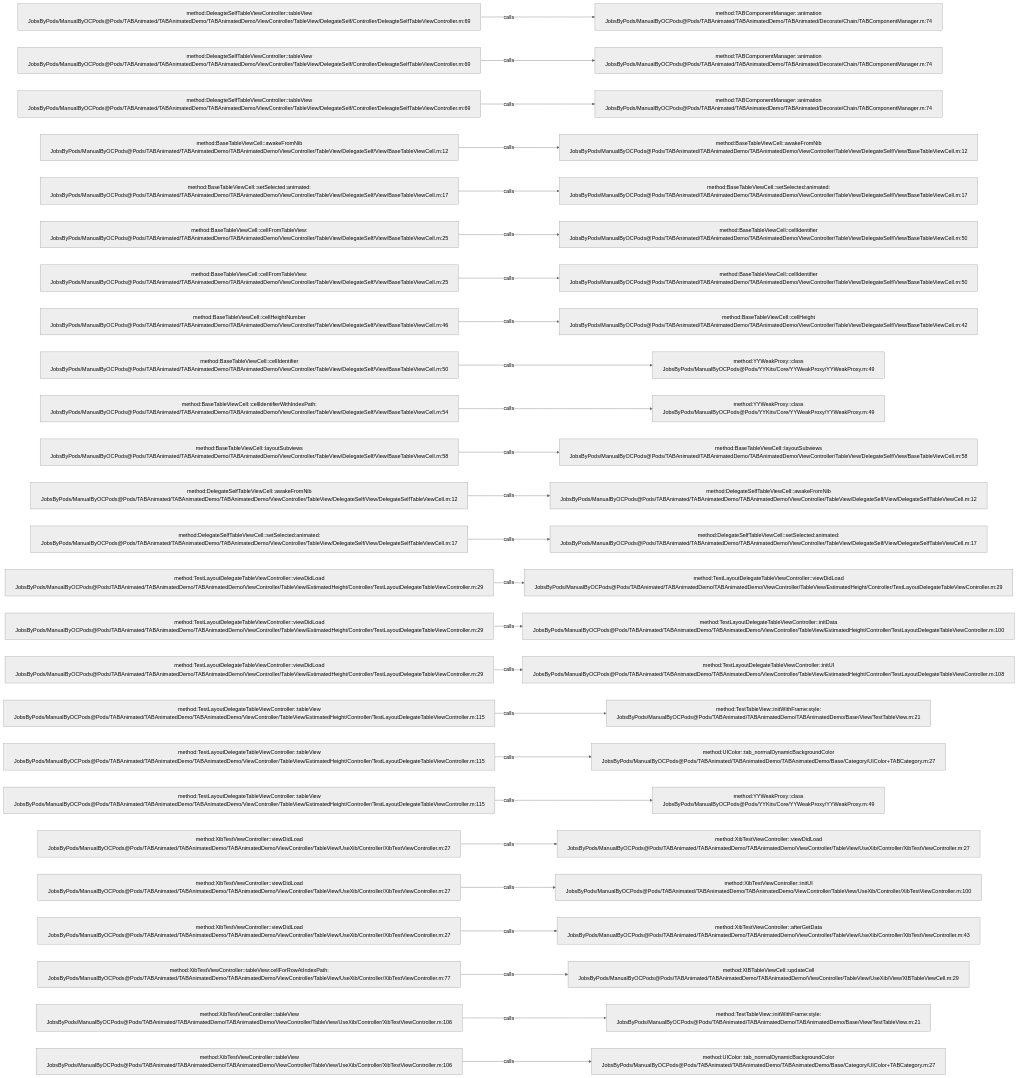
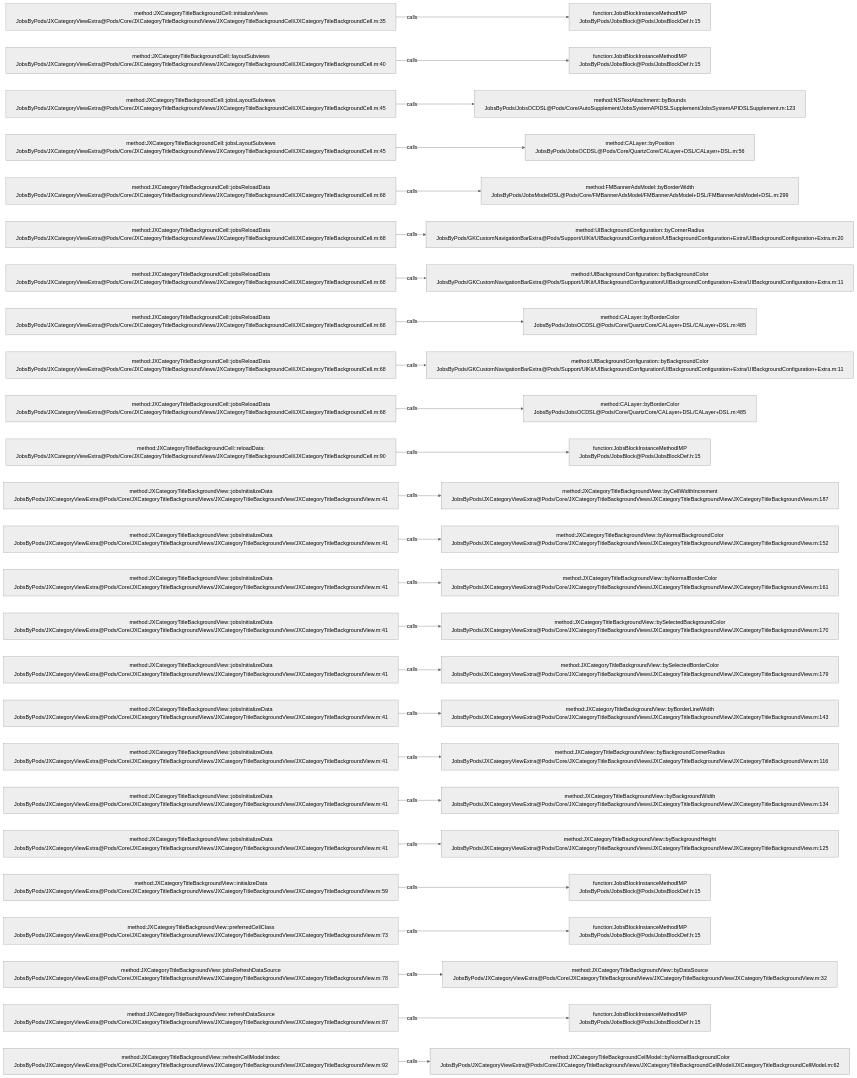
Before and after one commit to JobsKits/JobsOCBaseConfigDemo: the diagram in .codegraph/codegraph.md/graphs/calls-050.md, drawn with Mermaid (neutral theme). The commit also changed 768 other files, not shown here.

````diff
--- a/.codegraph/codegraph.md/graphs/calls-050.md
+++ b/.codegraph/codegraph.md/graphs/calls-050.md
@@ -13,78 +13,78 @@
 ```mermaid
 flowchart LR
-  S1["method:DeleagteSelfTableViewController::tableView<br/>JobsByPods/ManualByOCPods@Pods/TABAnimated/TABAnimatedDemo/TABAnimatedDemo/ViewController/TableView/DelegateSelf/Controller/DeleagteSelfTableViewController.m:69"]
-  T1["method:TABComponentManager::animation<br/>JobsByPods/ManualByOCPods@Pods/TABAnimated/TABAnimatedDemo/TABAnimated/Decorate/Chain/TABComponentManager.m:74"]
+  S1["method:JXCategoryTitleBackgroundCell::initializeViews<br/>JobsByPods/JXCategoryViewExtra@Pods/Core/JXCategoryTitleBackgroundViews/JXCategoryTitleBackgroundCell/JXCategoryTitleBackgroundCell.m:35"]
+  T1["function:JobsBlockInstanceMethodIMP<br/>JobsByPods/JobsBlock@Pods/JobsBlockDef.h:15"]
   S1 -->|calls| T1
-  S2["method:DeleagteSelfTableViewController::tableView<br/>JobsByPods/ManualByOCPods@Pods/TABAnimated/TABAnimatedDemo/TABAnimatedDemo/ViewController/TableView/DelegateSelf/Controller/DeleagteSelfTableViewController.m:69"]
-  T2["method:TABComponentManager::animation<br/>JobsByPods/ManualByOCPods@Pods/TABAnimated/TABAnimatedDemo/TABAnimated/Decorate/Chain/TABComponentManager.m:74"]
+  S2["method:JXCategoryTitleBackgroundCell::layoutSubviews<br/>JobsByPods/JXCategoryViewExtra@Pods/Core/JXCategoryTitleBackgroundViews/JXCategoryTitleBackgroundCell/JXCategoryTitleBackgroundCell.m:40"]
+  T2["function:JobsBlockInstanceMethodIMP<br/>JobsByPods/JobsBlock@Pods/JobsBlockDef.h:15"]
   S2 -->|calls| T2
-  S3["method:DeleagteSelfTableViewController::tableView<br/>JobsByPods/ManualByOCPods@Pods/TABAnimated/TABAnimatedDemo/TABAnimatedDemo/ViewController/TableView/DelegateSelf/Controller/DeleagteSelfTableViewController.m:69"]
-  T3["method:TABComponentManager::animation<br/>JobsByPods/ManualByOCPods@Pods/TABAnimated/TABAnimatedDemo/TABAnimated/Decorate/Chain/TABComponentManager.m:74"]
+  S3["method:JXCategoryTitleBackgroundCell::jobsLayoutSubviews<br/>JobsByPods/JXCategoryViewExtra@Pods/Core/JXCategoryTitleBackgroundViews/JXCategoryTitleBackgroundCell/JXCategoryTitleBackgroundCell.m:45"]
+  T3["method:NSTextAttachment::byBounds<br/>JobsByPods/JobsOCDSL@Pods/Core/AutoSupplement/JobsSystemAPIDSLSupplement/JobsSystemAPIDSLSupplement.m:123"]
   S3 -->|calls| T3
-  S4["method:BaseTableViewCell::awakeFromNib<br/>JobsByPods/ManualByOCPods@Pods/TABAnimated/TABAnimatedDemo/TABAnimatedDemo/ViewController/TableView/DelegateSelf/View/BaseTableViewCell.m:12"]
-  T4["method:BaseTableViewCell::awakeFromNib<br/>JobsByPods/ManualByOCPods@Pods/TABAnimated/TABAnimatedDemo/TABAnimatedDemo/ViewController/TableView/DelegateSelf/View/BaseTableViewCell.m:12"]
+  S4["method:JXCategoryTitleBackgroundCell::jobsLayoutSubviews<br/>JobsByPods/JXCategoryViewExtra@Pods/Core/JXCategoryTitleBackgroundViews/JXCategoryTitleBackgroundCell/JXCategoryTitleBackgroundCell.m:45"]
+  T4["method:CALayer::byPosition<br/>JobsByPods/JobsOCDSL@Pods/Core/QuartzCore/CALayer+DSL/CALayer+DSL.m:56"]
   S4 -->|calls| T4
-  S5["method:BaseTableViewCell::setSelected:animated:<br/>JobsByPods/ManualByOCPods@Pods/TABAnimated/TABAnimatedDemo/TABAnimatedDemo/ViewController/TableView/DelegateSelf/View/BaseTableViewCell.m:17"]
-  T5["method:BaseTableViewCell::setSelected:animated:<br/>JobsByPods/ManualByOCPods@Pods/TABAnimated/TABAnimatedDemo/TABAnimatedDemo/ViewController/TableView/DelegateSelf/View/BaseTableViewCell.m:17"]
+  S5["method:JXCategoryTitleBackgroundCell::jobsReloadData<br/>JobsByPods/JXCategoryViewExtra@Pods/Core/JXCategoryTitleBackgroundViews/JXCategoryTitleBackgroundCell/JXCategoryTitleBackgroundCell.m:68"]
+  T5["method:FMBannerAdsModel::byBorderWidth<br/>JobsByPods/JobsModelDSL@Pods/Core/FMBannerAdsModel/FMBannerAdsModel+DSL/FMBannerAdsModel+DSL.m:299"]
   S5 -->|calls| T5
-  S6["method:BaseTableViewCell::cellFromTableView:<br/>JobsByPods/ManualByOCPods@Pods/TABAnimated/TABAnimatedDemo/TABAnimatedDemo/ViewController/TableView/DelegateSelf/View/BaseTableViewCell.m:25"]
-  T6["method:BaseTableViewCell::cellIdentifier<br/>JobsByPods/ManualByOCPods@Pods/TABAnimated/TABAnimatedDemo/TABAnimatedDemo/ViewController/TableView/DelegateSelf/View/BaseTableViewCell.m:50"]
+  S6["method:JXCategoryTitleBackgroundCell::jobsReloadData<br/>JobsByPods/JXCategoryViewExtra@Pods/Core/JXCategoryTitleBackgroundViews/JXCategoryTitleBackgroundCell/JXCategoryTitleBackgroundCell.m:68"]
+  T6["method:UIBackgroundConfiguration::byCornerRadius<br/>JobsByPods/GKCustomNavigationBarExtra@Pods/Support/UIKit/UIBackgroundConfiguration/UIBackgroundConfiguration+Extra/UIBackgroundConfiguration+Extra.m:20"]
   S6 -->|calls| T6
-  S7["method:BaseTableViewCell::cellFromTableView:<br/>JobsByPods/ManualByOCPods@Pods/TABAnimated/TABAnimatedDemo/TABAnimatedDemo/ViewController/TableView/DelegateSelf/View/BaseTableViewCell.m:25"]
-  T7["method:BaseTableViewCell::cellIdentifier<br/>JobsByPods/ManualByOCPods@Pods/TABAnimated/TABAnimatedDemo/TABAnimatedDemo/ViewController/TableView/DelegateSelf/View/BaseTableViewCell.m:50"]
+  S7["method:JXCategoryTitleBackgroundCell::jobsReloadData<br/>JobsByPods/JXCategoryViewExtra@Pods/Core/JXCategoryTitleBackgroundViews/JXCategoryTitleBackgroundCell/JXCategoryTitleBackgroundCell.m:68"]
+  T7["method:UIBackgroundConfiguration::byBackgroundColor<br/>JobsByPods/GKCustomNavigationBarExtra@Pods/Support/UIKit/UIBackgroundConfiguration/UIBackgroundConfiguration+Extra/UIBackgroundConfiguration+Extra.m:11"]
   S7 -->|calls| T7
-  S8["method:BaseTableViewCell::cellHeightNumber<br/>JobsByPods/ManualByOCPods@Pods/TABAnimated/TABAnimatedDemo/TABAnimatedDemo/ViewController/TableView/DelegateSelf/View/BaseTableViewCell.m:46"]
-  T8["method:BaseTableViewCell::cellHeight<br/>JobsByPods/ManualByOCPods@Pods/TABAnimated/TABAnimatedDemo/TABAnimatedDemo/ViewController/TableView/DelegateSelf/View/BaseTableViewCell.m:42"]
+  S8["method:JXCategoryTitleBackgroundCell::jobsReloadData<br/>JobsByPods/JXCategoryViewExtra@Pods/Core/JXCategoryTitleBackgroundViews/JXCategoryTitleBackgroundCell/JXCategoryTitleBackgroundCell.m:68"]
+  T8["method:CALayer::byBorderColor<br/>JobsByPods/JobsOCDSL@Pods/Core/QuartzCore/CALayer+DSL/CALayer+DSL.m:485"]
   S8 -->|calls| T8
-  S9["method:BaseTableViewCell::cellIdentifier<br/>JobsByPods/ManualByOCPods@Pods/TABAnimated/TABAnimatedDemo/TABAnimatedDemo/ViewController/TableView/DelegateSelf/View/BaseTableViewCell.m:50"]
-  T9["method:YYWeakProxy::class<br/>JobsByPods/ManualByOCPods@Pods/YYKits/Core/YYWeakProxy/YYWeakProxy.m:49"]
+  S9["method:JXCategoryTitleBackgroundCell::jobsReloadData<br/>JobsByPods/JXCategoryViewExtra@Pods/Core/JXCategoryTitleBackgroundViews/JXCategoryTitleBackgroundCell/JXCategoryTitleBackgroundCell.m:68"]
+  T9["method:UIBackgroundConfiguration::byBackgroundColor<br/>JobsByPods/GKCustomNavigationBarExtra@Pods/Support/UIKit/UIBackgroundConfiguration/UIBackgroundConfiguration+Extra/UIBackgroundConfiguration+Extra.m:11"]
   S9 -->|calls| T9
-  S10["method:BaseTableViewCell::cellIdentifierWithIndexPath:<br/>JobsByPods/ManualByOCPods@Pods/TABAnimated/TABAnimatedDemo/TABAnimatedDemo/ViewController/TableView/DelegateSelf/View/BaseTableViewCell.m:54"]
-  T10["method:YYWeakProxy::class<br/>JobsByPods/ManualByOCPods@Pods/YYKits/Core/YYWeakProxy/YYWeakProxy.m:49"]
+  S10["method:JXCategoryTitleBackgroundCell::jobsReloadData<br/>JobsByPods/JXCategoryViewExtra@Pods/Core/JXCategoryTitleBackgroundViews/JXCategoryTitleBackgroundCell/JXCategoryTitleBackgroundCell.m:68"]
+  T10["method:CALayer::byBorderColor<br/>JobsByPods/JobsOCDSL@Pods/Core/QuartzCore/CALayer+DSL/CALayer+DSL.m:485"]
   S10 -->|calls| T10
-  S11["method:BaseTableViewCell::layoutSubviews<br/>JobsByPods/ManualByOCPods@Pods/TABAnimated/TABAnimatedDemo/TABAnimatedDemo/ViewController/TableView/DelegateSelf/View/BaseTableViewCell.m:58"]
-  T11["method:BaseTableViewCell::layoutSubviews<br/>JobsByPods/ManualByOCPods@Pods/TABAnimated/TABAnimatedDemo/TABAnimatedDemo/ViewController/TableView/DelegateSelf/View/BaseTableViewCell.m:58"]
+  S11["method:JXCategoryTitleBackgroundCell::reloadData:<br/>JobsByPods/JXCategoryViewExtra@Pods/Core/JXCategoryTitleBackgroundViews/JXCategoryTitleBackgroundCell/JXCategoryTitleBackgroundCell.m:90"]
+  T11["function:JobsBlockInstanceMethodIMP<br/>JobsByPods/JobsBlock@Pods/JobsBlockDef.h:15"]
   S11 -->|calls| T11
-  S12["method:DelegateSelfTableViewCell::awakeFromNib<br/>JobsByPods/ManualByOCPods@Pods/TABAnimated/TABAnimatedDemo/TABAnimatedDemo/ViewController/TableView/DelegateSelf/View/DelegateSelfTableViewCell.m:12"]
-  T12["method:DelegateSelfTableViewCell::awakeFromNib<br/>JobsByPods/ManualByOCPods@Pods/TABAnimated/TABAnimatedDemo/TABAnimatedDemo/ViewController/TableView/DelegateSelf/View/DelegateSelfTableViewCell.m:12"]
+  S12["method:JXCategoryTitleBackgroundView::jobsInitializeData<br/>JobsByPods/JXCategoryViewExtra@Pods/Core/JXCategoryTitleBackgroundViews/JXCategoryTitleBackgroundView/JXCategoryTitleBackgroundView.m:41"]
+  T12["method:JXCategoryTitleBackgroundView::byCellWidthIncrement<br/>JobsByPods/JXCategoryViewExtra@Pods/Core/JXCategoryTitleBackgroundViews/JXCategoryTitleBackgroundView/JXCategoryTitleBackgroundView.m:187"]
   S12 -->|calls| T12
-  S13["method:DelegateSelfTableViewCell::setSelected:animated:<br/>JobsByPods/ManualByOCPods@Pods/TABAnimated/TABAnimatedDemo/TABAnimatedDemo/ViewController/TableView/DelegateSelf/View/DelegateSelfTableViewCell.m:17"]
-  T13["method:DelegateSelfTableViewCell::setSelected:animated:<br/>JobsByPods/ManualByOCPods@Pods/TABAnimated/TABAnimatedDemo/TABAnimatedDemo/ViewController/TableView/DelegateSelf/View/DelegateSelfTableViewCell.m:17"]
+  S13["method:JXCategoryTitleBackgroundView::jobsInitializeData<br/>JobsByPods/JXCategoryViewExtra@Pods/Core/JXCategoryTitleBackgroundViews/JXCategoryTitleBackgroundView/JXCategoryTitleBackgroundView.m:41"]
+  T13["method:JXCategoryTitleBackgroundView::byNormalBackgroundColor<br/>JobsByPods/JXCategoryViewExtra@Pods/Core/JXCategoryTitleBackgroundViews/JXCategoryTitleBackgroundView/JXCategoryTitleBackgroundView.m:152"]
   S13 -->|calls| T13
-  S14["method:TestLayoutDelegateTableViewController::viewDidLoad<br/>JobsByPods/ManualByOCPods@Pods/TABAnimated/TABAnimatedDemo/TABAnimatedDemo/ViewController/TableView/EstimatedHeight/Controller/TestLayoutDelegateTableViewController.m:29"]
-  T14["method:TestLayoutDelegateTableViewController::viewDidLoad<br/>JobsByPods/ManualByOCPods@Pods/TABAnimated/TABAnimatedDemo/TABAnimatedDemo/ViewController/TableView/EstimatedHeight/Controller/TestLayoutDelegateTableViewController.m:29"]
+  S14["method:JXCategoryTitleBackgroundView::jobsInitializeData<br/>JobsByPods/JXCategoryViewExtra@Pods/Core/JXCategoryTitleBackgroundViews/JXCategoryTitleBackgroundView/JXCategoryTitleBackgroundView.m:41"]
+  T14["method:JXCategoryTitleBackgroundView::byNormalBorderColor<br/>JobsByPods/JXCategoryViewExtra@Pods/Core/JXCategoryTitleBackgroundViews/JXCategoryTitleBackgroundView/JXCategoryTitleBackgroundView.m:161"]
   S14 -->|calls| T14
-  S15["method:TestLayoutDelegateTableViewController::viewDidLoad<br/>JobsByPods/ManualByOCPods@Pods/TABAnimated/TABAnimatedDemo/TABAnimatedDemo/ViewController/TableView/EstimatedHeight/Controller/TestLayoutDelegateTableViewController.m:29"]
-  T15["method:TestLayoutDelegateTableViewController::initData<br/>JobsByPods/ManualByOCPods@Pods/TABAnimated/TABAnimatedDemo/TABAnimatedDemo/ViewController/TableView/EstimatedHeight/Controller/TestLayoutDelegateTableViewController.m:100"]
+  S15["method:JXCategoryTitleBackgroundView::jobsInitializeData<br/>JobsByPods/JXCategoryViewExtra@Pods/Core/JXCategoryTitleBackgroundViews/JXCategoryTitleBackgroundView/JXCategoryTitleBackgroundView.m:41"]
+  T15["method:JXCategoryTitleBackgroundView::bySelectedBackgroundColor<br/>JobsByPods/JXCategoryViewExtra@Pods/Core/JXCategoryTitleBackgroundViews/JXCategoryTitleBackgroundView/JXCategoryTitleBackgroundView.m:170"]
   S15 -->|calls| T15
-  S16["method:TestLayoutDelegateTableViewController::viewDidLoad<br/>JobsByPods/ManualByOCPods@Pods/TABAnimated/TABAnimatedDemo/TABAnimatedDemo/ViewController/TableView/EstimatedHeight/Controller/TestLayoutDelegateTableViewController.m:29"]
-  T16["method:TestLayoutDelegateTableViewController::initUI<br/>JobsByPods/ManualByOCPods@Pods/TABAnimated/TABAnimatedDemo/TABAnimatedDemo/ViewController/TableView/EstimatedHeight/Controller/TestLayoutDelegateTableViewController.m:108"]
+  S16["method:JXCategoryTitleBackgroundView::jobsInitializeData<br/>JobsByPods/JXCategoryViewExtra@Pods/Core/JXCategoryTitleBackgroundViews/JXCategoryTitleBackgroundView/JXCategoryTitleBackgroundView.m:41"]
+  T16["method:JXCategoryTitleBackgroundView::bySelectedBorderColor<br/>JobsByPods/JXCategoryViewExtra@Pods/Core/JXCategoryTitleBackgroundViews/JXCategoryTitleBackgroundView/JXCategoryTitleBackgroundView.m:179"]
   S16 -->|calls| T16
-  S17["method:TestLayoutDelegateTableViewController::tableView<br/>JobsByPods/ManualByOCPods@Pods/TABAnimated/TABAnimatedDemo/TABAnimatedDemo/ViewController/TableView/EstimatedHeight/Controller/TestLayoutDelegateTableViewController.m:115"]
-  T17["method:TestTableView::initWithFrame:style:<br/>JobsByPods/ManualByOCPods@Pods/TABAnimated/TABAnimatedDemo/TABAnimatedDemo/Base/View/TestTableView.m:21"]
+  S17["method:JXCategoryTitleBackgroundView::jobsInitializeData<br/>JobsByPods/JXCategoryViewExtra@Pods/Core/JXCategoryTitleBackgroundViews/JXCategoryTitleBackgroundView/JXCategoryTitleBackgroundView.m:41"]
+  T17["method:JXCategoryTitleBackgroundView::byBorderLineWidth<br/>JobsByPods/JXCategoryViewExtra@Pods/Core/JXCategoryTitleBackgroundViews/JXCategoryTitleBackgroundView/JXCategoryTitleBackgroundView.m:143"]
   S17 -->|calls| T17
-  S18["method:TestLayoutDelegateTableViewController::tableView<br/>JobsByPods/ManualByOCPods@Pods/TABAnimated/TABAnimatedDemo/TABAnimatedDemo/ViewController/TableView/EstimatedHeight/Controller/TestLayoutDelegateTableViewController.m:115"]
-  T18["method:UIColor::tab_normalDynamicBackgroundColor<br/>JobsByPods/ManualByOCPods@Pods/TABAnimated/TABAnimatedDemo/TABAnimatedDemo/Base/Category/UIColor+TABCategory.m:27"]
+  S18["method:JXCategoryTitleBackgroundView::jobsInitializeData<br/>JobsByPods/JXCategoryViewExtra@Pods/Core/JXCategoryTitleBackgroundViews/JXCategoryTitleBackgroundView/JXCategoryTitleBackgroundView.m:41"]
+  T18["method:JXCategoryTitleBackgroundView::byBackgroundCornerRadius<br/>JobsByPods/JXCategoryViewExtra@Pods/Core/JXCategoryTitleBackgroundViews/JXCategoryTitleBackgroundView/JXCategoryTitleBackgroundView.m:116"]
   S18 -->|calls| T18
-  S19["method:TestLayoutDelegateTableViewController::tableView<br/>JobsByPods/ManualByOCPods@Pods/TABAnimated/TABAnimatedDemo/TABAnimatedDemo/ViewController/TableView/EstimatedHeight/Controller/TestLayoutDelegateTableViewController.m:115"]
-  T19["method:YYWeakProxy::class<br/>JobsByPods/ManualByOCPods@Pods/YYKits/Core/YYWeakProxy/YYWeakProxy.m:49"]
+  S19["method:JXCategoryTitleBackgroundView::jobsInitializeData<br/>JobsByPods/JXCategoryViewExtra@Pods/Core/JXCategoryTitleBackgroundViews/JXCategoryTitleBackgroundView/JXCategoryTitleBackgroundView.m:41"]
+  T19["method:JXCategoryTitleBackgroundView::byBackgroundWidth<br/>JobsByPods/JXCategoryViewExtra@Pods/Core/JXCategoryTitleBackgroundViews/JXCategoryTitleBackgroundView/JXCategoryTitleBackgroundView.m:134"]
   S19 -->|calls| T19
-  S20["method:XibTestViewController::viewDidLoad<br/>JobsByPods/ManualByOCPods@Pods/TABAnimated/TABAnimatedDemo/TABAnimatedDemo/ViewController/TableView/UseXib/Controller/XibTestViewController.m:27"]
-  T20["method:XibTestViewController::viewDidLoad<br/>JobsByPods/ManualByOCPods@Pods/TABAnimated/TABAnimatedDemo/TABAnimatedDemo/ViewController/TableView/UseXib/Controller/XibTestViewController.m:27"]
+  S20["method:JXCategoryTitleBackgroundView::jobsInitializeData<br/>JobsByPods/JXCategoryViewExtra@Pods/Core/JXCategoryTitleBackgroundViews/JXCategoryTitleBackgroundView/JXCategoryTitleBackgroundView.m:41"]
+  T20["method:JXCategoryTitleBackgroundView::byBackgroundHeight<br/>JobsByPods/JXCategoryViewExtra@Pods/Core/JXCategoryTitleBackgroundViews/JXCategoryTitleBackgroundView/JXCategoryTitleBackgroundView.m:125"]
   S20 -->|calls| T20
-  S21["method:XibTestViewController::viewDidLoad<br/>JobsByPods/ManualByOCPods@Pods/TABAnimated/TABAnimatedDemo/TABAnimatedDemo/ViewController/TableView/UseXib/Controller/XibTestViewController.m:27"]
-  T21["method:XibTestViewController::initUI<br/>JobsByPods/ManualByOCPods@Pods/TABAnimated/TABAnimatedDemo/TABAnimatedDemo/ViewController/TableView/UseXib/Controller/XibTestViewController.m:100"]
+  S21["method:JXCategoryTitleBackgroundView::initializeData<br/>JobsByPods/JXCategoryViewExtra@Pods/Core/JXCategoryTitleBackgroundViews/JXCategoryTitleBackgroundView/JXCategoryTitleBackgroundView.m:59"]
+  T21["function:JobsBlockInstanceMethodIMP<br/>JobsByPods/JobsBlock@Pods/JobsBlockDef.h:15"]
   S21 -->|calls| T21
-  S22["method:XibTestViewController::viewDidLoad<br/>JobsByPods/ManualByOCPods@Pods/TABAnimated/TABAnimatedDemo/TABAnimatedDemo/ViewController/TableView/UseXib/Controller/XibTestViewController.m:27"]
-  T22["method:XibTestViewController::afterGetData<br/>JobsByPods/ManualByOCPods@Pods/TABAnimated/TABAnimatedDemo/TABAnimatedDemo/ViewController/TableView/UseXib/Controller/XibTestViewController.m:43"]
+  S22["method:JXCategoryTitleBackgroundView::preferredCellClass<br/>JobsByPods/JXCategoryViewExtra@Pods/Core/JXCategoryTitleBackgroundViews/JXCategoryTitleBackgroundView/JXCategoryTitleBackgroundView.m:73"]
+  T22["function:JobsBlockInstanceMethodIMP<br/>JobsByPods/JobsBlock@Pods/JobsBlockDef.h:15"]
   S22 -->|calls| T22
-  S23["method:XibTestViewController::tableView:cellForRowAtIndexPath:<br/>JobsByPods/ManualByOCPods@Pods/TABAnimated/TABAnimatedDemo/TABAnimatedDemo/ViewController/TableView/UseXib/Controller/XibTestViewController.m:77"]
-  T23["method:XIBTableViewCell::updateCell<br/>JobsByPods/ManualByOCPods@Pods/TABAnimated/TABAnimatedDemo/TABAnimatedDemo/ViewController/TableView/UseXib/View/XIBTableViewCell.m:29"]
+  S23["method:JXCategoryTitleBackgroundView::jobsRefreshDataSource<br/>JobsByPods/JXCategoryViewExtra@Pods/Core/JXCategoryTitleBackgroundViews/JXCategoryTitleBackgroundView/JXCategoryTitleBackgroundView.m:78"]
+  T23["method:JXCategoryTitleBackgroundView::byDataSource<br/>JobsByPods/JXCategoryViewExtra@Pods/Core/JXCategoryTitleBackgroundViews/JXCategoryTitleBackgroundView/JXCategoryTitleBackgroundView.m:32"]
   S23 -->|calls| T23
-  S24["method:XibTestViewController::tableView<br/>JobsByPods/ManualByOCPods@Pods/TABAnimated/TABAnimatedDemo/TABAnimatedDemo/ViewController/TableView/UseXib/Controller/XibTestViewController.m:106"]
-  T24["method:TestTableView::initWithFrame:style:<br/>JobsByPods/ManualByOCPods@Pods/TABAnimated/TABAnimatedDemo/TABAnimatedDemo/Base/View/TestTableView.m:21"]
+  S24["method:JXCategoryTitleBackgroundView::refreshDataSource<br/>JobsByPods/JXCategoryViewExtra@Pods/Core/JXCategoryTitleBackgroundViews/JXCategoryTitleBackgroundView/JXCategoryTitleBackgroundView.m:87"]
+  T24["function:JobsBlockInstanceMethodIMP<br/>JobsByPods/JobsBlock@Pods/JobsBlockDef.h:15"]
   S24 -->|calls| T24
-  S25["method:XibTestViewController::tableView<br/>JobsByPods/ManualByOCPods@Pods/TABAnimated/TABAnimatedDemo/TABAnimatedDemo/ViewController/TableView/UseXib/Controller/XibTestViewController.m:106"]
-  T25["method:UIColor::tab_normalDynamicBackgroundColor<br/>JobsByPods/ManualByOCPods@Pods/TABAnimated/TABAnimatedDemo/TABAnimatedDemo/Base/Category/UIColor+TABCategory.m:27"]
+  S25["method:JXCategoryTitleBackgroundView::refreshCellModel:index:<br/>JobsByPods/JXCategoryViewExtra@Pods/Core/JXCategoryTitleBackgroundViews/JXCategoryTitleBackgroundView/JXCategoryTitleBackgroundView.m:92"]
+  T25["method:JXCategoryTitleBackgroundCellModel::byNormalBackgroundColor<br/>JobsByPods/JXCategoryViewExtra@Pods/Core/JXCategoryTitleBackgroundViews/JXCategoryTitleBackgroundCellModel/JXCategoryTitleBackgroundCellModel.m:62"]
   S25 -->|calls| T25
 ```
````
